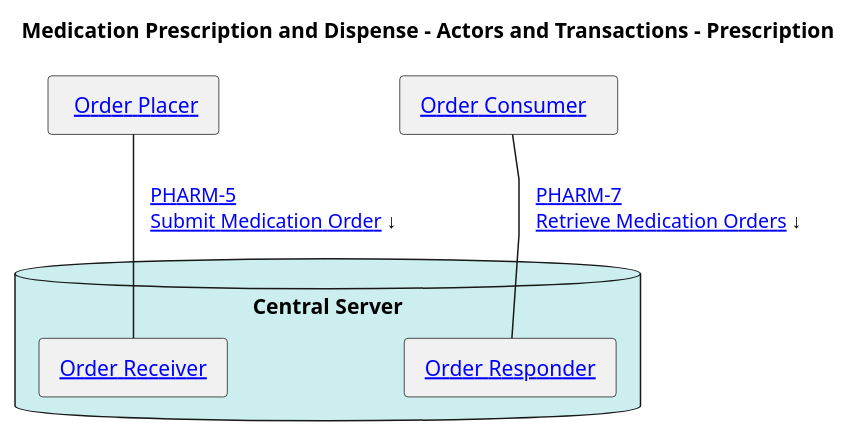
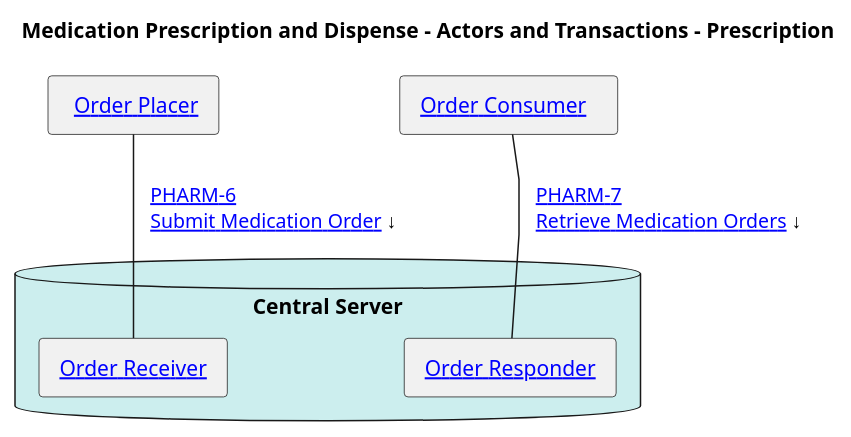
One commit to IHE/pharm-mpd changed the diagram in input/images-source/arch1-central-rx-system.plantuml. Above: the diagram before and after it, drawn with PlantUML. The commit also changed 9 other files, not shown here.

```diff
--- a/input/images-source/arch1-central-rx-system.plantuml
+++ b/input/images-source/arch1-central-rx-system.plantuml
@@ -1,38 +1,38 @@
 @startuml
 '!include ./style.iuml
 skinparam linetype ortho
 skinparam linetype polyline
 
 title Medication Prescription and Dispense - Actors and Transactions - Prescription
 agent "  [[actors-transactions.html#order-placer Order Placer ]]" as orderplacer 
 
 database "Central Server" #cee {
 agent " [[actors-transactions.html#order-receiver Order Receiver ]]" as orderreceiver 
 agent " [[actors-transactions.html#order-responder Order Responder ]]" as orderresponder 
 }
 
 agent " [[actors-transactions.html#order-consumer Order Consumer   ]]" as OrderConsumer 
 
 
 'agent "[[actors-transactions.html#dispensereceiver Dispense Receiver]]" as dispensereceiver
 'agent "[[actors-transactions.html#dispenseresponder Dispense Responder]]" as dispenseresponder 
 
 
 
-orderplacer -d- orderreceiver : "   [[pharm-5.html PHARM-5\nSubmit Medication Order]] ↓       "
+orderplacer -d- orderreceiver : "   [[pharm-6.html PHARM-6\nSubmit Medication Order]] ↓       "
 orderreceiver -[hidden]r- orderresponder : "\t\t\t"
 
 
 'orderresponder -d[hidden]- dispensereceiver
 'orderresponder -r[hidden]- dispensereceiver
 orderresponder -[hidden]r- OrderConsumer
 
 orderplacer -[hidden]r- OrderConsumer : "\t\t\t "
 
 'dispensereceiver -l[hidden]- dispenseresponder : "   "
 
 
 orderresponder -u- OrderConsumer: "   [[pharm-7.html PHARM-7\nRetrieve Medication Orders]] ↓          "
 
 
 @enduml
```
